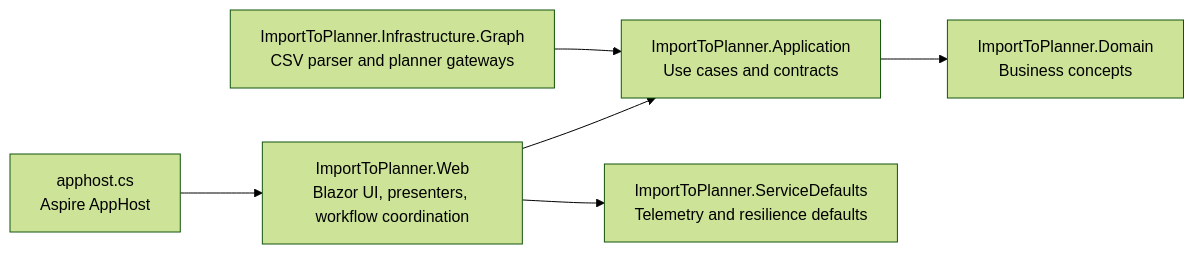
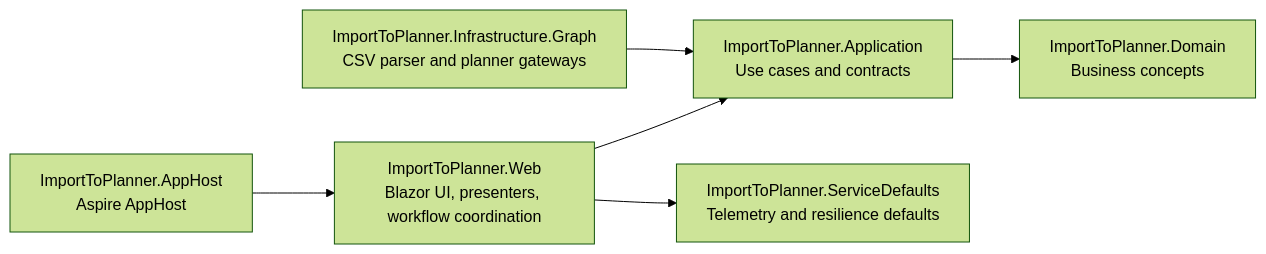
The diagram in README.md (markheydon/import-to-planner), drawn with Mermaid (forest theme) before and after one commit. The commit also changed other lines of this file and 100 other files, not shown here.

First line of the commit message:
Simplify Graph runtime path and remove deployment-mode plumbing (#52)

````diff
--- a/README.md
+++ b/README.md
@@ -74,8 +76,8 @@
 ```mermaid
 flowchart LR
     Web[ImportToPlanner.Web\nBlazor UI, presenters, workflow coordination] --> App[ImportToPlanner.Application\nUse cases and contracts]
     Infra[ImportToPlanner.Infrastructure.Graph\nCSV parser and planner gateways] --> App
     App --> Domain[ImportToPlanner.Domain\nBusiness concepts]
     Web --> Defaults[ImportToPlanner.ServiceDefaults\nTelemetry and resilience defaults]
-    AppHost[apphost.cs\nAspire AppHost] --> Web
+    AppHost[ImportToPlanner.AppHost\nAspire AppHost] --> Web
 ```
````
